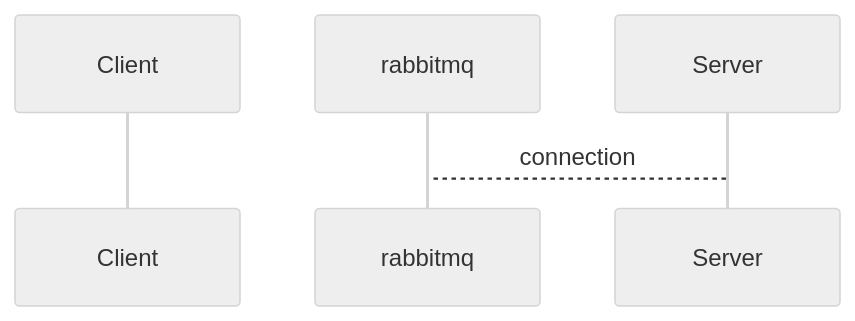
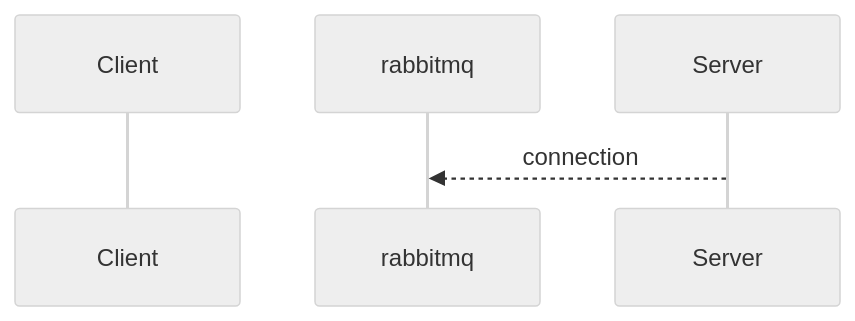
Before and after one commit to googlelxhgithub/iodraw-files: the diagram in all/未命名-7.md, drawn with Mermaid (neutral theme).

Commit message:
2024-08-31 07:18:42 update

````diff
--- a/all/未命名-7.md
+++ b/all/未命名-7.md
@@ -1,7 +1,7 @@
 ```mermaid
 sequenceDiagram
     participant c as Client
     participant mq as rabbitmq
     participant s as Server
-    s --> mq: connection
+    s -->> mq: connection
 ```
````
